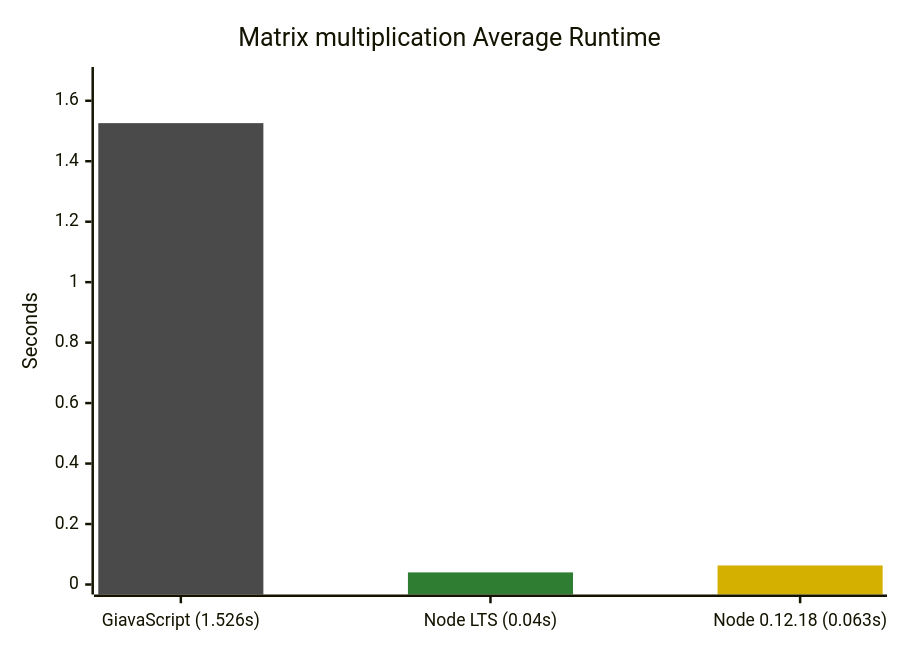
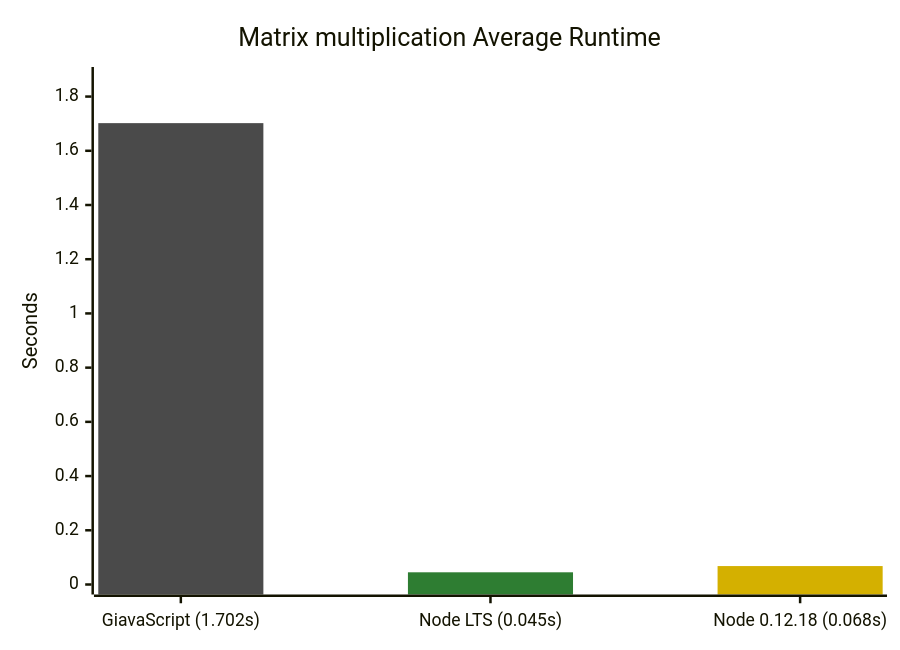
The second of 5 diagrams in README.md (GiavaScript/GiavaScript), drawn with Mermaid before and after one commit. The commit also changed other lines of this file and 2 other files, not shown here.

````diff
--- a/README.md
+++ b/README.md
@@ -91,10 +91,10 @@
 ```mermaid
 %%{init: {"themeVariables": {"xyChart": {"plotColorPalette": "#4a4a4a, #2e7d32, #d4b000"}}}}%%
 xychart-beta
     title "Matrix multiplication Average Runtime"
-    x-axis ["GiavaScript (1.526s)", "Node LTS (0.04s)", "Node 0.12.18 (0.063s)"]
-    y-axis "Seconds" 0 --> 1.6786
-    bar [1.526, -1, -1]
-    bar [-1, 0.04, -1]
-    bar [-1, -1, 0.063]
+    x-axis ["GiavaScript (1.702s)", "Node LTS (0.045s)", "Node 0.12.18 (0.068s)"]
+    y-axis "Seconds" 0 --> 1.8722
+    bar [1.702, -1, -1]
+    bar [-1, 0.045, -1]
+    bar [-1, -1, 0.068]
 ```
````
